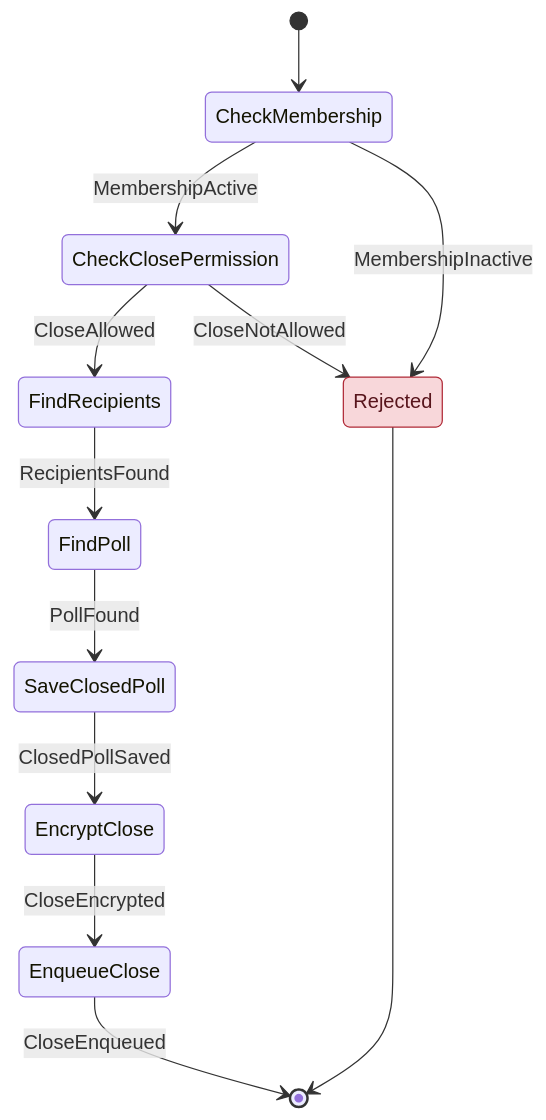
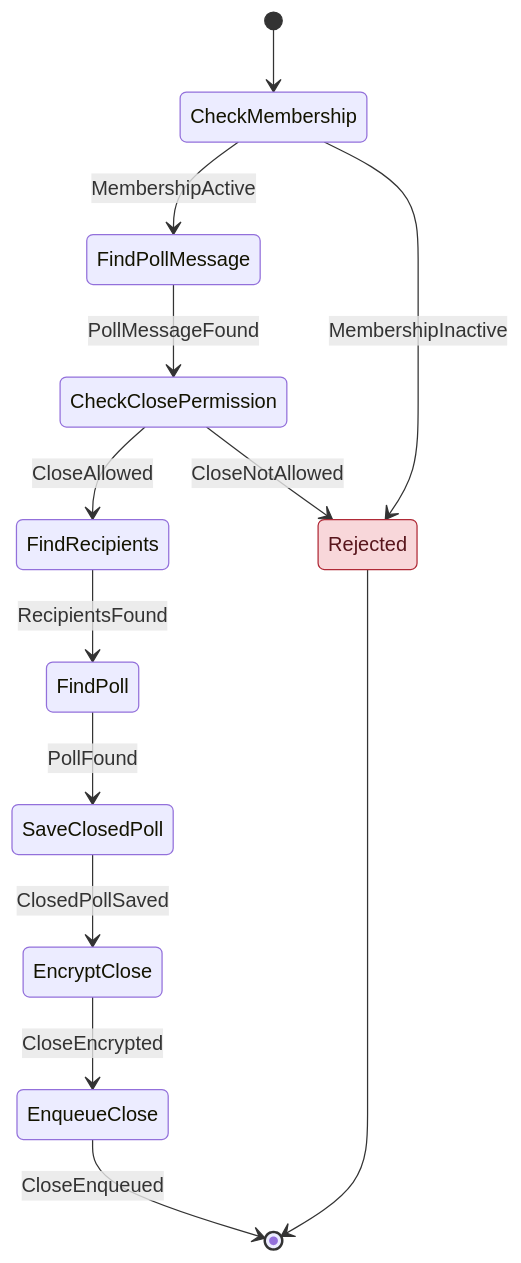
Before and after one commit to cbgm/Sparrow: diagram 13 of 22 in docs/architecture/workflows/message.md, drawn with Mermaid. The commit also changed other lines of this file and 226 other files, not shown here.

````diff
--- a/docs/architecture/workflows/message.md
+++ b/docs/architecture/workflows/message.md
@@ -381,16 +366,17 @@
 ```mermaid
 stateDiagram-v2
     [*] --> CheckMembership
-    CheckMembership --> CheckClosePermission : MembershipActive
+    CheckMembership --> FindPollMessage : MembershipActive
     CheckMembership --> Rejected : MembershipInactive
+    FindPollMessage --> CheckClosePermission : PollMessageFound
     CheckClosePermission --> FindRecipients : CloseAllowed
     CheckClosePermission --> Rejected : CloseNotAllowed
     FindRecipients --> FindPoll : RecipientsFound
     FindPoll --> SaveClosedPoll : PollFound
     SaveClosedPoll --> EncryptClose : ClosedPollSaved
     EncryptClose --> EnqueueClose : CloseEncrypted
     EnqueueClose --> [*] : CloseEnqueued
     Rejected --> [*]
     classDef reject fill:#f8d7da,stroke:#b02a37,color:#58151c
     class Rejected reject
 ```
````
